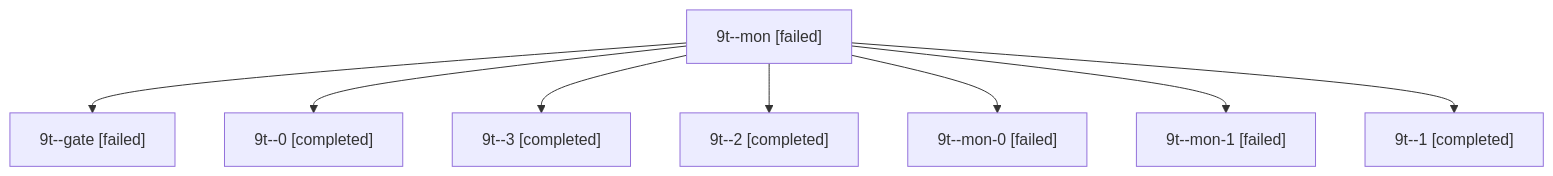
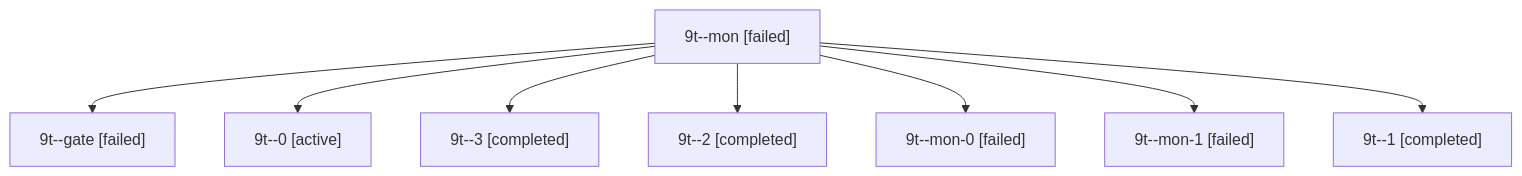
Before and after one commit to sase-org/sase--agents: the diagram in sessions/bbugyi200.apollo.9t.md, drawn with Mermaid. The commit also changed other lines of this file and 22 other files, not shown here.

````diff
--- a/sessions/bbugyi200.apollo.9t.md
+++ b/sessions/bbugyi200.apollo.9t.md
@@ -9,18 +9,18 @@
 ```mermaid
 flowchart TD
   n0["9t--mon [failed]"]
   n1["9t--gate [failed]"]
   n0 --> n1
-  n2["9t--0 [completed]"]
+  n2["9t--0 [active]"]
   n0 --> n2
   n3["9t--3 [completed]"]
   n0 --> n3
   n4["9t--2 [completed]"]
   n0 --> n4
   n5["9t--mon-0 [failed]"]
   n0 --> n5
   n6["9t--mon-1 [failed]"]
   n0 --> n6
   n7["9t--1 [completed]"]
   n0 --> n7
 ```
````
